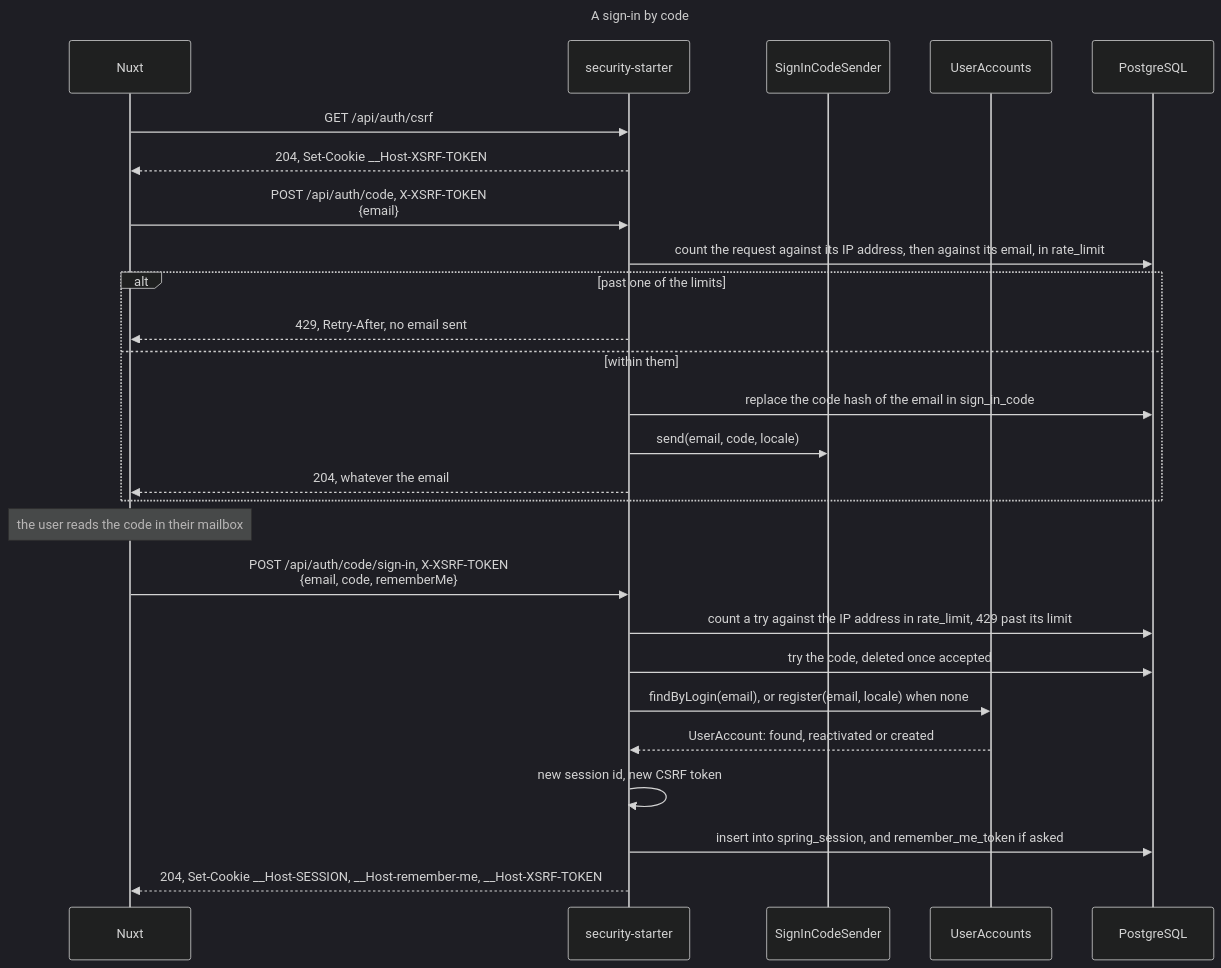
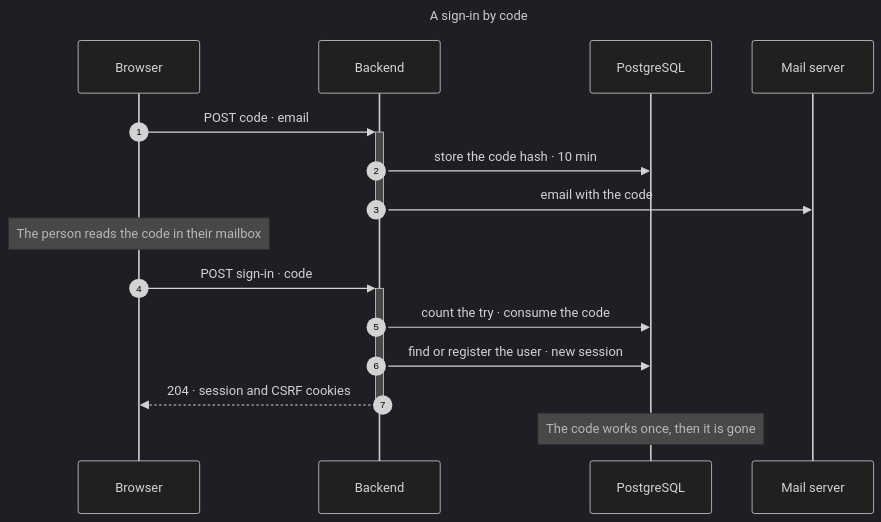
One commit to mboisnard/drinkit changed the fourth of 7 diagrams in docs/content/en/3.reference/2.security/1.principles.md. Above: the diagram before and after it, drawn with Mermaid (dark theme). The commit also changed other lines of this file and 8 other files, not shown here.

First line of the commit message:
[DOCUMENTATION] Draw the diagrams as simply as the A+ design (#666)

````diff
--- a/docs/content/en/3.reference/2.security/1.principles.md
+++ b/docs/content/en/3.reference/2.security/1.principles.md
@@ -171,31 +137,20 @@
 ```mermaid
 ---
 title: A sign-in by code
 ---
 sequenceDiagram
-  participant Nuxt
-  participant Starter as security-starter
-  participant Sender as SignInCodeSender
-  participant Accounts as UserAccounts
-  participant DB as PostgreSQL
-  Nuxt->>Starter: GET /api/auth/csrf
-  Starter-->>Nuxt: 204, Set-Cookie __Host-XSRF-TOKEN
-  Nuxt->>Starter: POST /api/auth/code, X-XSRF-TOKEN<br/>{email}
-  Starter->>DB: count the request against its IP address, then against its email, in rate_limit
-  alt past one of the limits
-    Starter-->>Nuxt: 429, Retry-After, no email sent
-  else within them
-    Starter->>DB: replace the code hash of the email in sign_in_code
-    Starter->>Sender: send(email, code, locale)
-    Starter-->>Nuxt: 204, whatever the email
-  end
-  Note over Nuxt: the user reads the code in their mailbox
-  Nuxt->>Starter: POST /api/auth/code/sign-in, X-XSRF-TOKEN<br/>{email, code, rememberMe}
-  Starter->>DB: count a try against the IP address in rate_limit, 429 past its limit
-  Starter->>DB: try the code, deleted once accepted
-  Starter->>Accounts: findByLogin(email), or register(email, locale) when none
-  Accounts-->>Starter: UserAccount: found, reactivated or created
-  Starter->>Starter: new session id, new CSRF token
-  Starter->>DB: insert into spring_session, and remember_me_token if asked
-  Starter-->>Nuxt: 204, Set-Cookie __Host-SESSION, __Host-remember-me, __Host-XSRF-TOKEN
+  autonumber
+  participant B as Browser
+  participant BE as Backend
+  participant PG as PostgreSQL
+  participant M as Mail server
+  B->>+BE: POST code · email
+  BE->>PG: store the code hash · 10 min
+  BE->>-M: email with the code
+  Note over B: The person reads the code in their mailbox
+  B->>+BE: POST sign-in · code
+  BE->>PG: count the try · consume the code
+  BE->>PG: find or register the user · new session
+  BE-->>-B: 204 · session and CSRF cookies
+  Note over PG: The code works once, then it is gone
 ```
````
